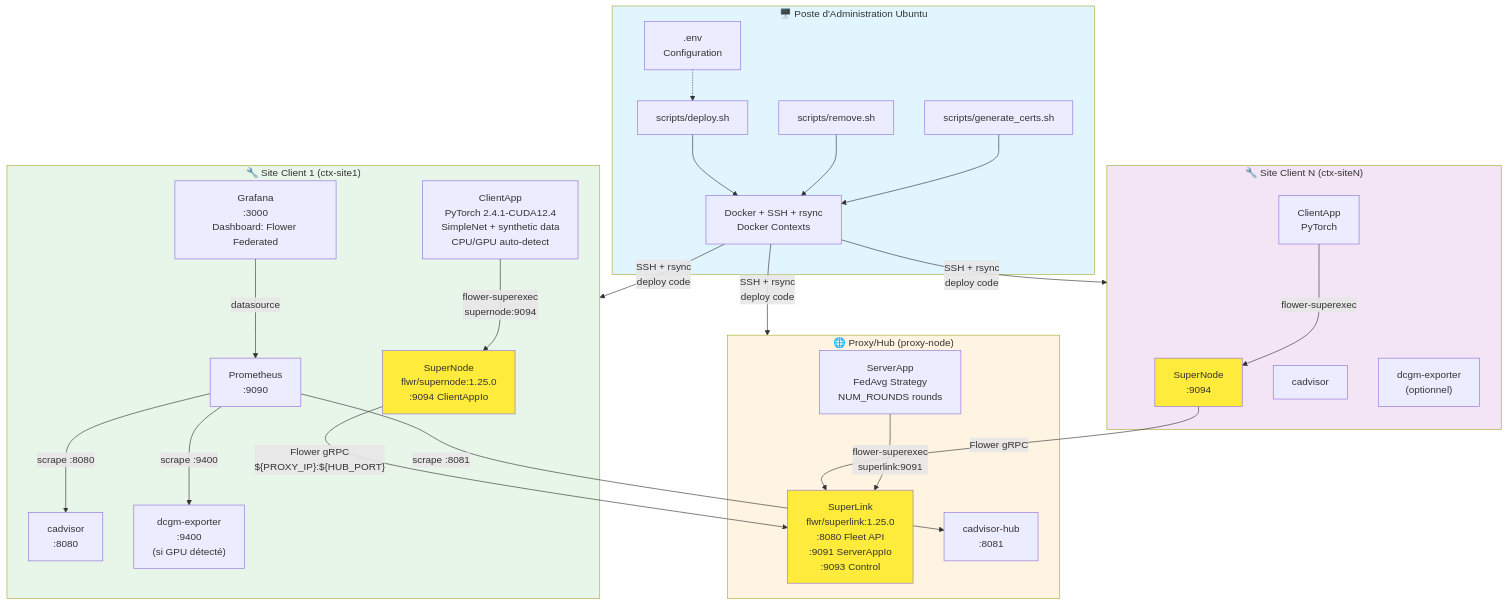
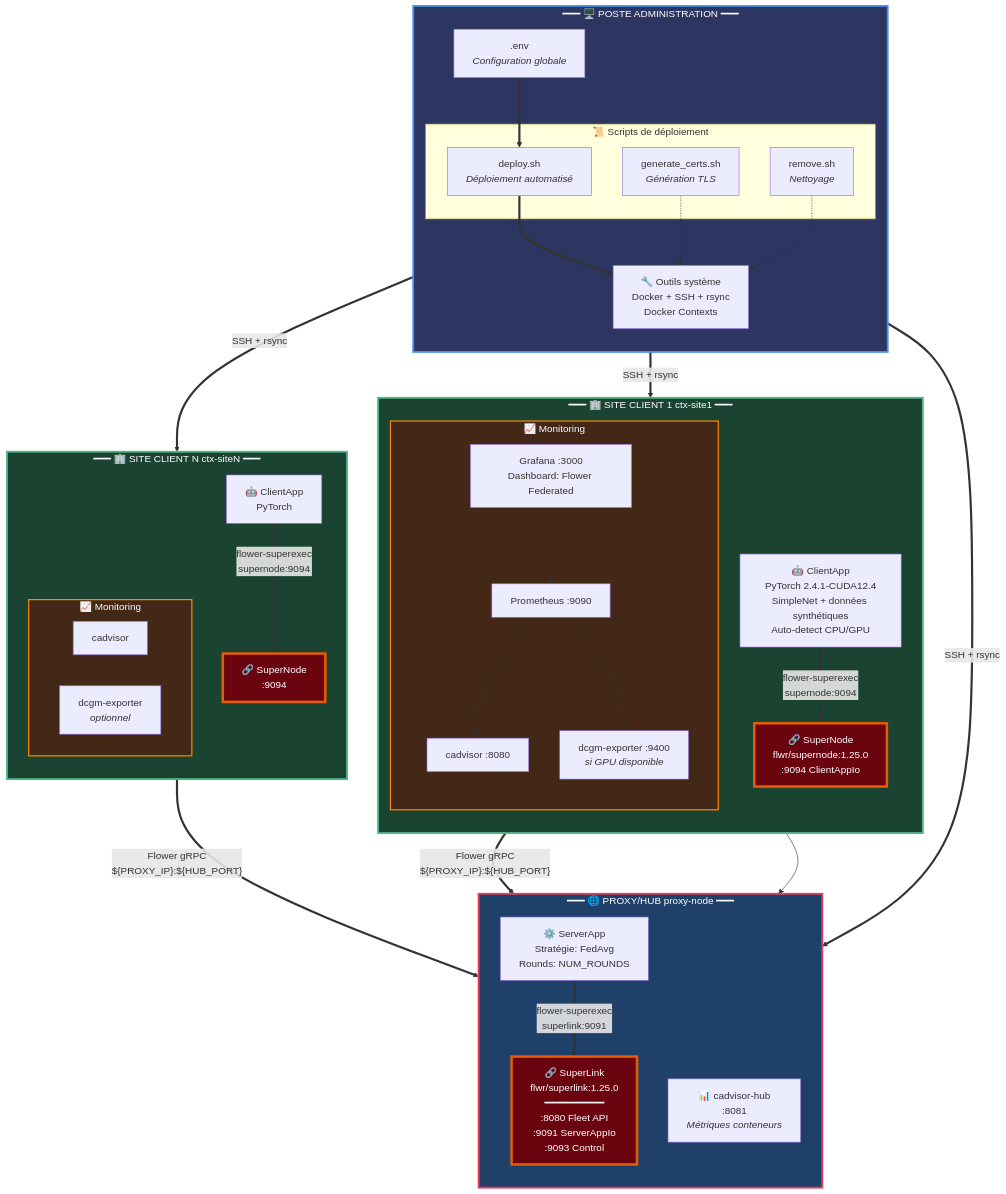
Before and after one commit to qBrabus/federatedlearning: the diagram in README.md, drawn with Mermaid.

````diff
--- a/README.md
+++ b/README.md
@@ -25,61 +25,87 @@
 ```mermaid
 flowchart TB
-    subgraph Admin["🖥️ Poste d'Administration Ubuntu"]
-        CLI["Docker + SSH + rsync<br/>Docker Contexts"]
-        DeployScript["scripts/deploy.sh"]
-        CertScript["scripts/generate_certs.sh"]
-        RemoveScript["scripts/remove.sh"]
-        EnvFile[".env<br/>Configuration"]
+    subgraph Admin["━━━ 🖥️ POSTE ADMINISTRATION ━━━"]
+        direction TB
+        EnvFile[".env<br/><i>Configuration globale</i>"]
+        
+        subgraph Scripts["📜 Scripts de déploiement"]
+            DeployScript["deploy.sh<br/><i>Déploiement automatisé</i>"]
+            CertScript["generate_certs.sh<br/><i>Génération TLS</i>"]
+            RemoveScript["remove.sh<br/><i>Nettoyage</i>"]
+        end
+        
+        CLI["🔧 Outils système<br/>Docker + SSH + rsync<br/>Docker Contexts"]
     end
 
-    subgraph ProxyHub["🌐 Proxy/Hub (proxy-node)"]
-        SuperLink["SuperLink<br/>flwr/superlink:1.25.0<br/>:8080 Fleet API<br/>:9091 ServerAppIo<br/>:9093 Control"]
-        ServerApp["ServerApp<br/>FedAvg Strategy<br/>NUM_ROUNDS rounds"]
-        CAdvisorHub["cadvisor-hub<br/>:8081"]
+    subgraph ProxyHub["━━━ 🌐 PROXY/HUB proxy-node ━━━"]
+        direction TB
+        SuperLink["🔗 SuperLink<br/>flwr/superlink:1.25.0<br/>━━━━━━━━━━<br/>:8080 Fleet API<br/>:9091 ServerAppIo<br/>:9093 Control"]
+        ServerApp["⚙️ ServerApp<br/>Stratégie: FedAvg<br/>Rounds: NUM_ROUNDS"]
+        CAdvisorHub["📊 cadvisor-hub<br/>:8081<br/><i>Métriques conteneurs</i>"]
     end
 
-    subgraph Site1["🔧 Site Client 1 (ctx-site1)"]
-        SuperNode1["SuperNode<br/>flwr/supernode:1.25.0<br/>:9094 ClientAppIo"]
-        ClientApp1["ClientApp<br/>PyTorch 2.4.1-CUDA12.4<br/>SimpleNet + synthetic data<br/>CPU/GPU auto-detect"]
-        CAdvisor1["cadvisor<br/>:8080"]
-        DCGM1["dcgm-exporter<br/>:9400<br/>(si GPU détecté)"]
-        Prom1["Prometheus<br/>:9090"]
-        Graf1["Grafana<br/>:3000<br/>Dashboard: Flower Federated"]
+    subgraph Site1["━━━ 🏢 SITE CLIENT 1 ctx-site1 ━━━"]
+        direction TB
+        SuperNode1["🔗 SuperNode<br/>flwr/supernode:1.25.0<br/>:9094 ClientAppIo"]
+        ClientApp1["🤖 ClientApp<br/>PyTorch 2.4.1-CUDA12.4<br/>SimpleNet + données synthétiques<br/>Auto-detect CPU/GPU"]
+        
+        subgraph Monitor1["📈 Monitoring"]
+            CAdvisor1["cadvisor :8080"]
+            DCGM1["dcgm-exporter :9400<br/><i>si GPU disponible</i>"]
+            Prom1["Prometheus :9090"]
+            Graf1["Grafana :3000<br/>Dashboard: Flower Federated"]
+        end
     end
 
-    subgraph SiteN["🔧 Site Client N (ctx-siteN)"]
-        SuperNodeN["SuperNode<br/>:9094"]
-        ClientAppN["ClientApp<br/>PyTorch"]
-        CAdvisorN["cadvisor"]
-        DCGMN["dcgm-exporter<br/>(optionnel)"]
+    subgraph SiteN["━━━ 🏢 SITE CLIENT N ctx-siteN ━━━"]
+        direction TB
+        SuperNodeN["🔗 SuperNode<br/>:9094"]
+        ClientAppN["🤖 ClientApp<br/>PyTorch"]
+        
+        subgraph MonitorN["📈 Monitoring"]
+            CAdvisorN["cadvisor"]
+            DCGMN["dcgm-exporter<br/><i>optionnel</i>"]
+        end
     end
 
-    EnvFile -.-> DeployScript
-    CertScript --> CLI
-    RemoveScript --> CLI
-    DeployScript --> CLI
+    %% Connexions Admin
+    EnvFile ==> DeployScript
+    DeployScript ==> CLI
+    CertScript -.-> CLI
+    RemoveScript -.-> CLI
     
-    CLI -- "SSH + rsync<br/>deploy code" --> ProxyHub
-    CLI -- "SSH + rsync<br/>deploy code" --> Site1
-    CLI -- "SSH + rsync<br/>deploy code" --> SiteN
+    %% Déploiement SSH
+    CLI == "SSH + rsync" ==> ProxyHub
+    CLI == "SSH + rsync" ==> Site1
+    CLI == "SSH + rsync" ==> SiteN
     
-    ServerApp -- "flower-superexec<br/>superlink:9091" --> SuperLink
-    ClientApp1 -- "flower-superexec<br/>supernode:9094" --> SuperNode1
-    ClientAppN -- "flower-superexec" --> SuperNodeN
+    %% Connexions Flower Hub
+    ServerApp == "flower-superexec<br/>superlink:9091" ==> SuperLink
     
-    SuperNode1 -- "Flower gRPC<br/>${PROXY_IP}:${HUB_PORT}" --> SuperLink
-    SuperNodeN -- "Flower gRPC" --> SuperLink
+    %% Connexions Flower Clients
+    ClientApp1 == "flower-superexec<br/>supernode:9094" ==> SuperNode1
+    ClientAppN == "flower-superexec<br/>supernode:9094" ==> SuperNodeN
     
-    Prom1 -- "scrape :8080" --> CAdvisor1
-    Prom1 -- "scrape :9400" --> DCGM1
-    Prom1 -- "scrape :8081" --> CAdvisorHub
-    Graf1 -- "datasource" --> Prom1
+    %% Communications fédérées
+    SuperNode1 == "Flower gRPC<br/>${PROXY_IP}:${HUB_PORT}" ==> SuperLink
+    SuperNodeN == "Flower gRPC<br/>${PROXY_IP}:${HUB_PORT}" ==> SuperLink
+    
+    %% Monitoring Site 1
+    Prom1 --> CAdvisor1
+    Prom1 --> DCGM1
+    Prom1 --> CAdvisorHub
+    Graf1 --> Prom1
 
-    style Admin fill:#e1f5ff
-    style ProxyHub fill:#fff4e1
-    style Site1 fill:#e8f5e9
-    style SiteN fill:#f3e5f5
-    style SuperLink fill:#ffeb3b
-    style SuperNode1 fill:#ffeb3b
-    style SuperNodeN fill:#ffeb3b
+    %% Styles
+    classDef adminStyle fill:#2d3561,stroke:#4a90e2,stroke-width:3px,color:#fff
+    classDef hubStyle fill:#1f4068,stroke:#e43f5a,stroke-width:3px,color:#fff
+    classDef clientStyle fill:#1b4332,stroke:#52b788,stroke-width:3px,color:#fff
+    classDef monitorStyle fill:#432818,stroke:#fb8500,stroke-width:2px,color:#fff
+    classDef criticalStyle fill:#6a040f,stroke:#e85d04,stroke-width:4px,color:#fff
+    
+    class Admin adminStyle
+    class ProxyHub hubStyle
+    class Site1,SiteN clientStyle
+    class Monitor1,MonitorN monitorStyle
+    class SuperLink,SuperNode1,SuperNodeN criticalStyle
 ```
````
